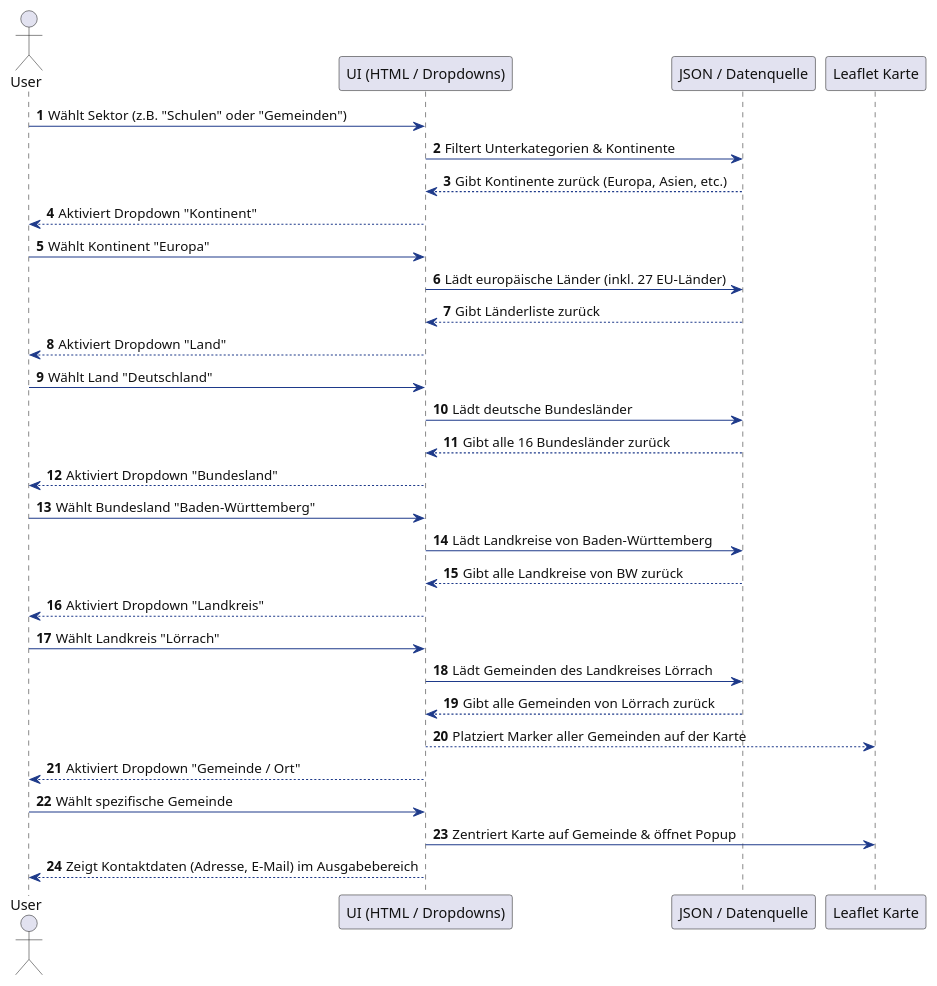
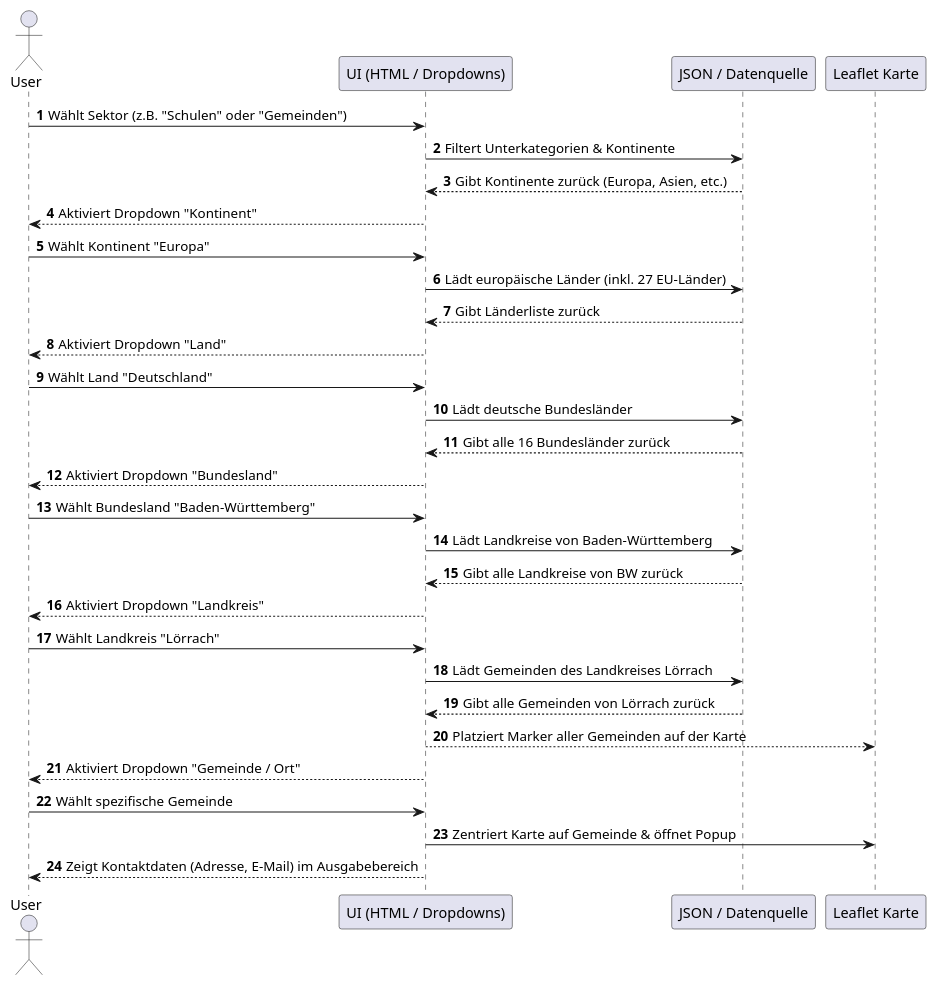
One commit to olaspo/MeinPlantUML changed the diagram in 2026-11-17-html-dropdown-uml-sequenz-08.md. Above: the diagram before and after it, drawn with PlantUML.

````diff
--- a/2026-11-17-html-dropdown-uml-sequenz-08.md
+++ b/2026-11-17-html-dropdown-uml-sequenz-08.md
@@ -1,45 +1,41 @@
 ```plantuml
 @startuml
-skinparam backgroundcolor #FFFFFF
-skinparam DefaultFontColor #111111
-skinparam ClassBackgroundColor #F4F6F9
-skinparam ClassBorderColor #1E3A8A
-skinparam ArrowColor #1E3A8A
+
 autonumber
 actor User as U
 participant "UI (HTML / Dropdowns)" as UI
 participant "JSON / Datenquelle" as DB
 participant "Leaflet Karte" as Map
 
 U -> UI: Wählt Sektor (z.B. "Schulen" oder "Gemeinden")
 UI -> DB: Filtert Unterkategorien & Kontinente
 DB --> UI: Gibt Kontinente zurück (Europa, Asien, etc.)
 UI --> U: Aktiviert Dropdown "Kontinent"
 
 U -> UI: Wählt Kontinent "Europa"
 UI -> DB: Lädt europäische Länder (inkl. 27 EU-Länder)
 DB --> UI: Gibt Länderliste zurück
 UI --> U: Aktiviert Dropdown "Land"
 
 U -> UI: Wählt Land "Deutschland"
 UI -> DB: Lädt deutsche Bundesländer
 DB --> UI: Gibt alle 16 Bundesländer zurück
 UI --> U: Aktiviert Dropdown "Bundesland"
 
 U -> UI: Wählt Bundesland "Baden-Württemberg"
 UI -> DB: Lädt Landkreise von Baden-Württemberg
 DB --> UI: Gibt alle Landkreise von BW zurück
 UI --> U: Aktiviert Dropdown "Landkreis"
 
 U -> UI: Wählt Landkreis "Lörrach"
 UI -> DB: Lädt Gemeinden des Landkreises Lörrach
 DB --> UI: Gibt alle Gemeinden von Lörrach zurück
 UI --> Map: Platziert Marker aller Gemeinden auf der Karte
 UI --> U: Aktiviert Dropdown "Gemeinde / Ort"
 
 U -> UI: Wählt spezifische Gemeinde
 UI -> Map: Zentriert Karte auf Gemeinde & öffnet Popup
 UI --> U: Zeigt Kontaktdaten (Adresse, E-Mail) im Ausgabebereich
 
 @enduml
 ```
````
